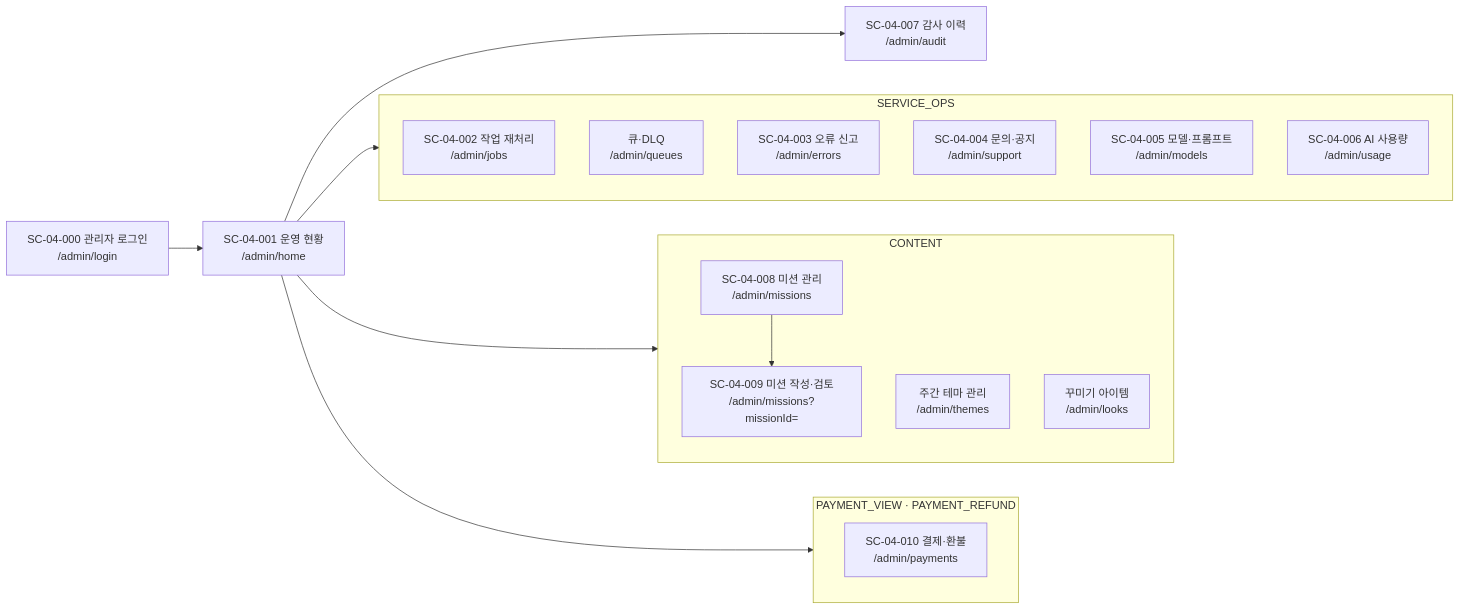
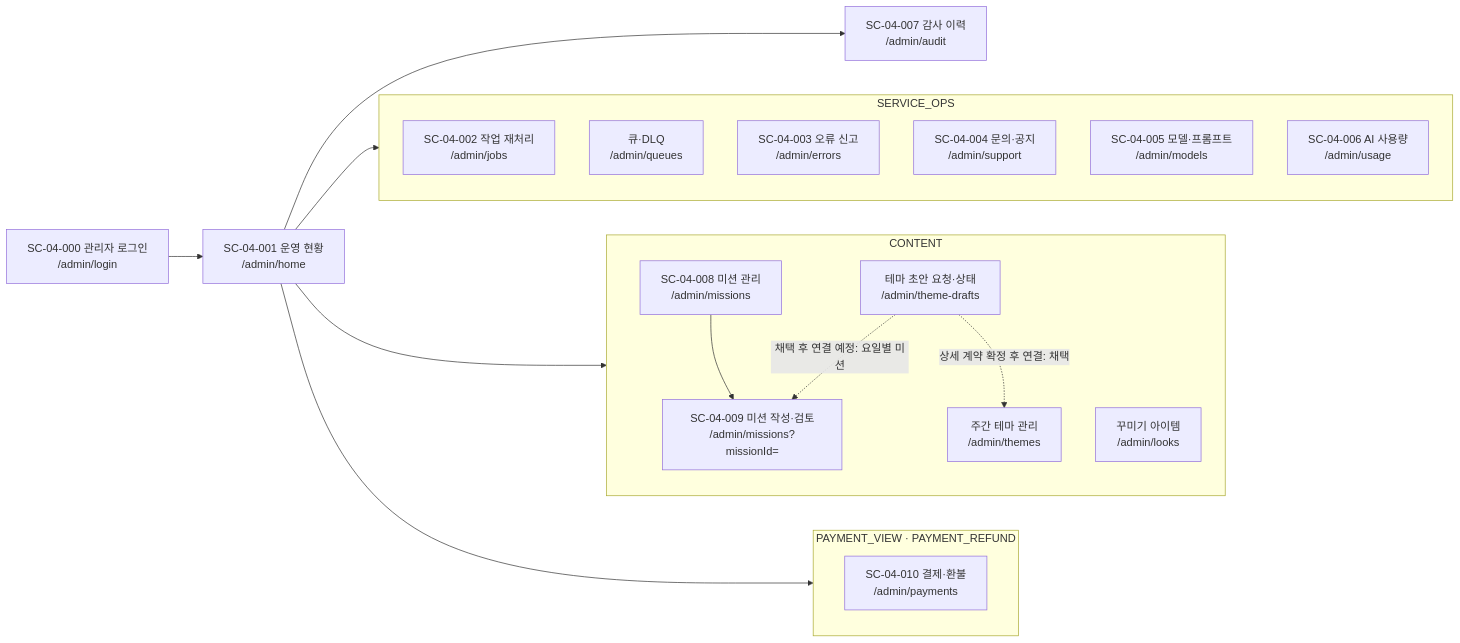
Before and after one commit to SKNETWORKS-FAMILY-AICAMP/SKN34-FINAL-3TEAM: the fourth of 12 diagrams in docs/design/user-flow.md, drawn with Mermaid. The commit also changed other lines of this file and 10 other files, not shown here.

````diff
--- a/docs/design/user-flow.md
+++ b/docs/design/user-flow.md
@@ -162,26 +162,28 @@
 ```mermaid
 flowchart LR
   AL["SC-04-000 관리자 로그인<br/>/admin/login"] --> AH["SC-04-001 운영 현황<br/>/admin/home"]
   AH --> AU["SC-04-007 감사 이력<br/>/admin/audit"]
 
   subgraph OPS["SERVICE_OPS"]
     J["SC-04-002 작업 재처리<br/>/admin/jobs"]
     QD["큐·DLQ<br/>/admin/queues"]
     ER["SC-04-003 오류 신고<br/>/admin/errors"]
     SP["SC-04-004 문의·공지<br/>/admin/support"]
     MD["SC-04-005 모델·프롬프트<br/>/admin/models"]
     US["SC-04-006 AI 사용량<br/>/admin/usage"]
   end
   subgraph CON["CONTENT"]
     MI["SC-04-008 미션 관리<br/>/admin/missions"] --> ME["SC-04-009 미션 작성·검토<br/>/admin/missions?missionId="]
     WT["주간 테마 관리<br/>/admin/themes"]
+    TD["테마 초안 요청·상태<br/>/admin/theme-drafts"] -.->|"상세 계약 확정 후 연결: 채택"| WT
+    TD -.->|"채택 후 연결 예정: 요일별 미션"| ME
     LI["꾸미기 아이템<br/>/admin/looks"]
   end
   subgraph PAY["PAYMENT_VIEW · PAYMENT_REFUND"]
     PM["SC-04-010 결제·환불<br/>/admin/payments"]
   end
 
   AH --> OPS
   AH --> CON
   AH --> PAY
 ```
````
